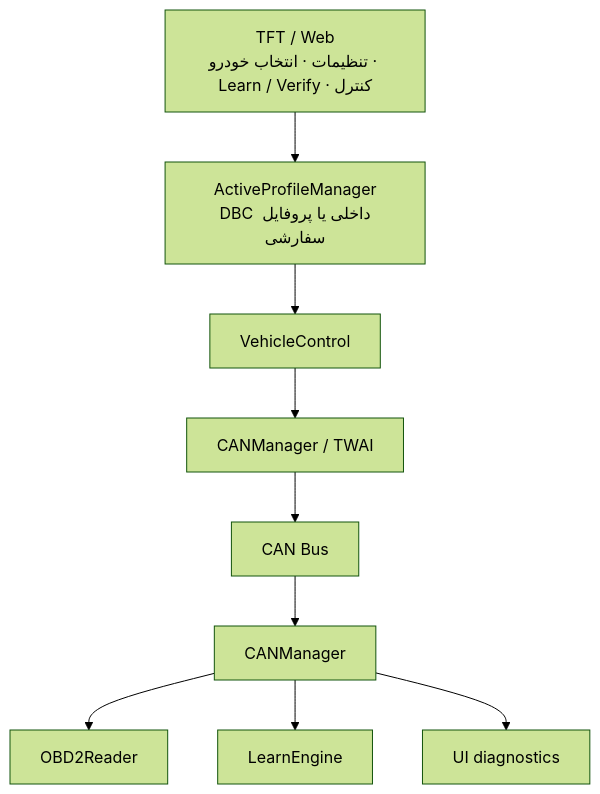
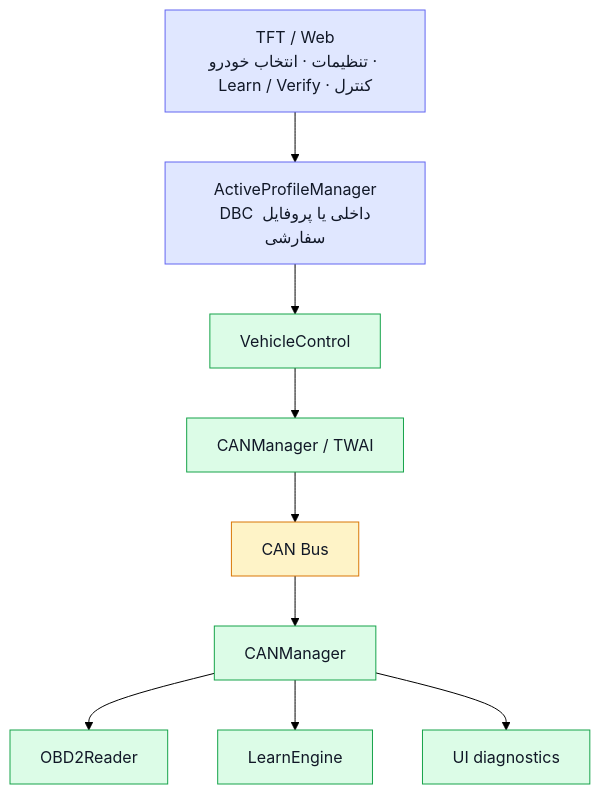
One commit to boss-splus2/CarTouch changed the second of 2 diagrams in README.md. Above: the diagram before and after it, drawn with Mermaid (forest theme). The commit also changed other lines of this file, not shown here.

````diff
--- a/README.md
+++ b/README.md
@@ -409,11 +566,18 @@
 ```mermaid
 flowchart TD
     UI["TFT / Web<br/>تنظیمات · انتخاب خودرو · Learn / Verify · کنترل"] --> APM["ActiveProfileManager<br/>DBC داخلی یا پروفایل سفارشی"]
     APM --> VC["VehicleControl"]
     VC --> CM["CANManager / TWAI"]
     CM --> BUS["CAN Bus"]
     BUS --> CM2["CANManager"]
     CM2 --> OBD["OBD2Reader"]
     CM2 --> LE["LearnEngine"]
     CM2 --> DIAG["UI diagnostics"]
+
+    classDef ui fill:#e0e7ff,stroke:#6366f1,color:#111827;
+    classDef core fill:#dcfce7,stroke:#16a34a,color:#111827;
+    classDef bus fill:#fef3c7,stroke:#d97706,color:#111827;
+    class UI,APM ui;
+    class VC,CM,CM2,OBD,LE,DIAG core;
+    class BUS bus;
 ```
````
